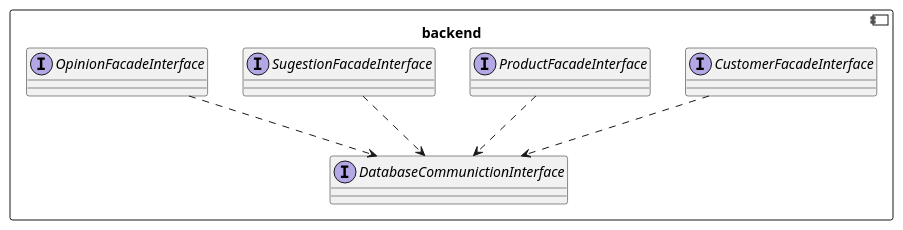
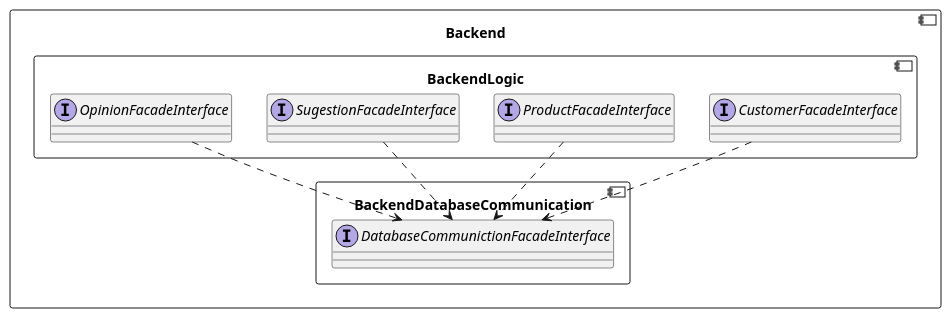
Before and after one commit to RadekBucki/OpinionCollectorArchitecture: the first of 2 diagrams in Backend.md, drawn with PlantUML. The commit also changed other lines of this file, not shown here.

Commit message:
Components and product facade

````diff
--- a/Backend.md
+++ b/Backend.md
@@ -3,17 +3,21 @@
 ```plantuml
 @startuml
-component backend {
-    interface DatabaseCommunictionInterface
+component Backend {
+    component BackendDatabaseCommunication {
+        interface DatabaseCommunictionFacadeInterface
+    }
     
-    interface CustomerFacadeInterface
-    interface ProductFacadeInterface
-    interface SugestionFacadeInterface
-    interface OpinionFacadeInterface
-    
-    CustomerFacadeInterface  ..> DatabaseCommunictionInterface
-    ProductFacadeInterface   ..> DatabaseCommunictionInterface
-    SugestionFacadeInterface ..> DatabaseCommunictionInterface
-    OpinionFacadeInterface   ..> DatabaseCommunictionInterface
+    component BackendLogic {
+        interface CustomerFacadeInterface
+        interface ProductFacadeInterface
+        interface SugestionFacadeInterface
+        interface OpinionFacadeInterface
+        
+        CustomerFacadeInterface  ..> DatabaseCommunictionFacadeInterface
+        ProductFacadeInterface   ..> DatabaseCommunictionFacadeInterface
+        SugestionFacadeInterface ..> DatabaseCommunictionFacadeInterface
+        OpinionFacadeInterface   ..> DatabaseCommunictionFacadeInterface
+    }
 }
 @enduml 
 ```
````
